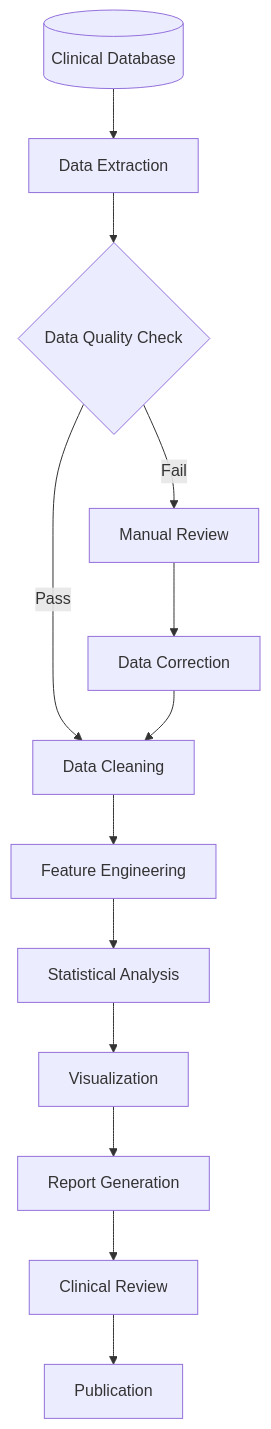
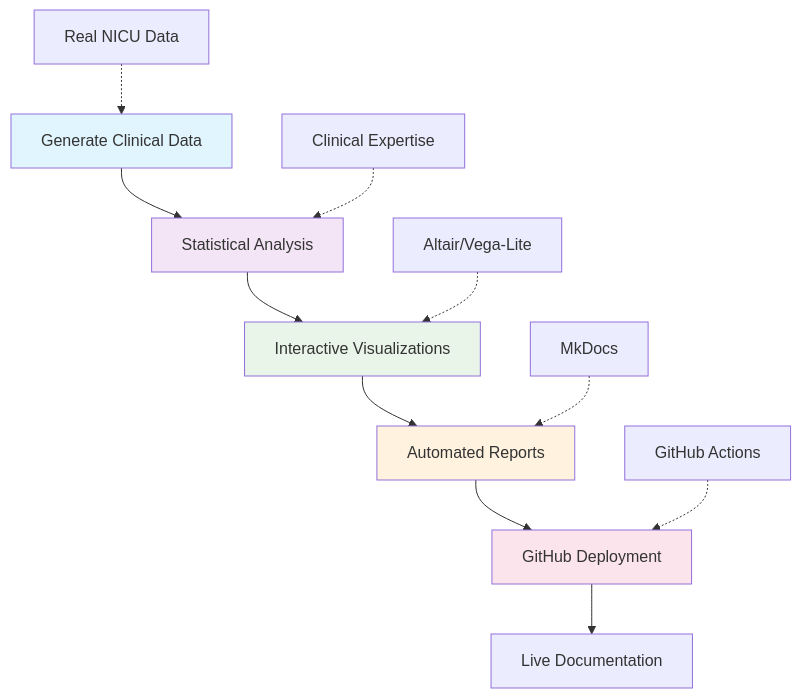
Before and after one commit to oscar-peng/datasci_223: the diagram in lectures/09/demo/mkdocs_report_project/docs/index.md, drawn with Mermaid. The commit also changed other lines of this file and 46 other files, not shown here.

````diff
--- a/lectures/09/demo/mkdocs_report_project/docs/index.md
+++ b/lectures/09/demo/mkdocs_report_project/docs/index.md
@@ -44,15 +107,20 @@
 ```mermaid
 graph TD;
-    A[(Clinical Database)] --> B[Data Extraction];
-    B --> C{Data Quality Check};
-    C -->|Pass| D[Data Cleaning];
-    C -->|Fail| E[Manual Review];
-    E --> F[Data Correction];
-    F --> D;
-    D --> G[Feature Engineering];
-    G --> H[Statistical Analysis];
-    H --> I[Visualization];
-    I --> J[Report Generation];
-    J --> K[Clinical Review];
-    K --> L[Publication];
+    A[Generate Clinical Data] --> B[Statistical Analysis];
+    B --> C[Interactive Visualizations];
+    C --> D[Automated Reports];
+    D --> E[GitHub Deployment];
+    E --> F[Live Documentation];
+    
+    G[Real NICU Data] -.-> A;
+    H[Clinical Expertise] -.-> B;
+    I[Altair/Vega-Lite] -.-> C;
+    J[MkDocs] -.-> D;
+    K[GitHub Actions] -.-> E;
+    
+    style A fill:#e1f5fe
+    style B fill:#f3e5f5
+    style C fill:#e8f5e8
+    style D fill:#fff3e0
+    style E fill:#fce4ec
 ```
````
